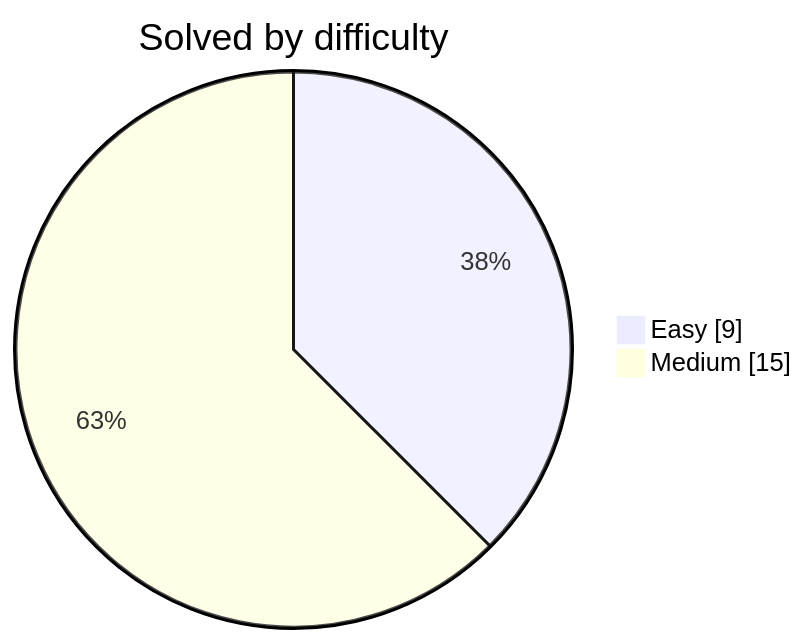
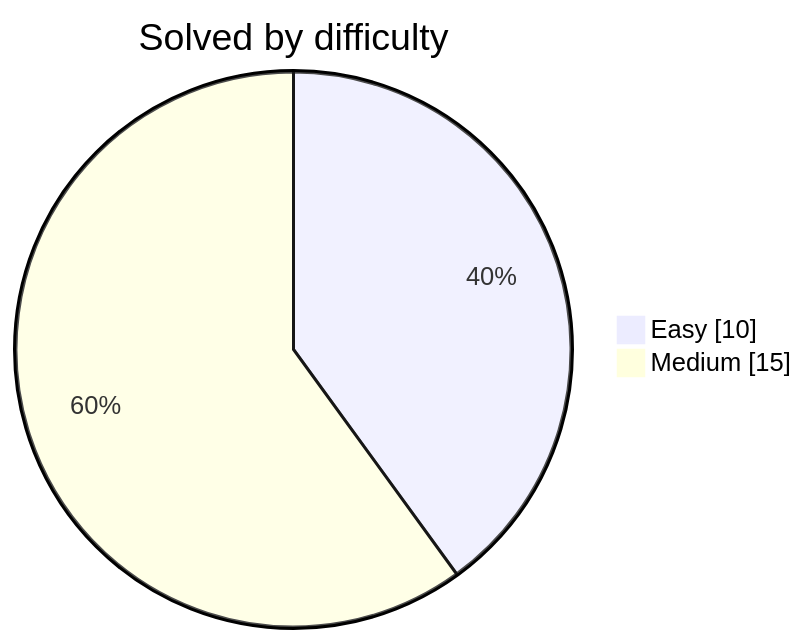
One commit to DwijeshD/leetcode-solutions changed the diagram in README.md. Above: the diagram before and after it, drawn with Mermaid. The commit also changed other lines of this file and 2 other files, not shown here.

````diff
--- a/README.md
+++ b/README.md
@@ -31,6 +31,6 @@
 ```mermaid
 pie showData
     title Solved by difficulty
-    "Easy" : 9
+    "Easy" : 10
     "Medium" : 15
 ```
````
